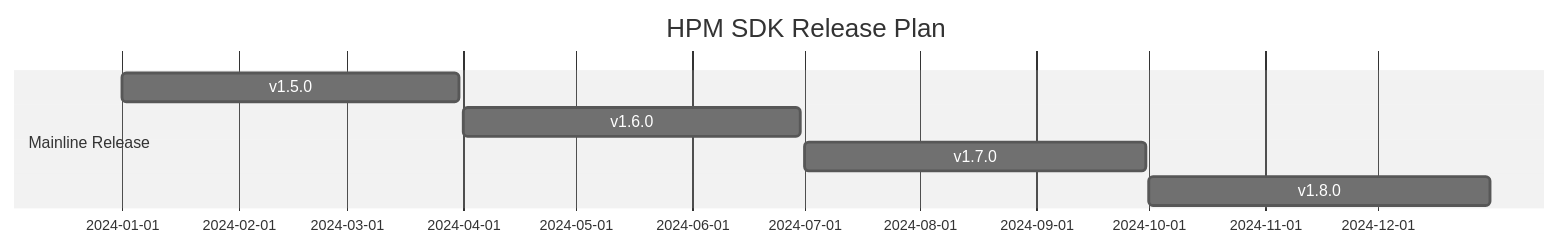
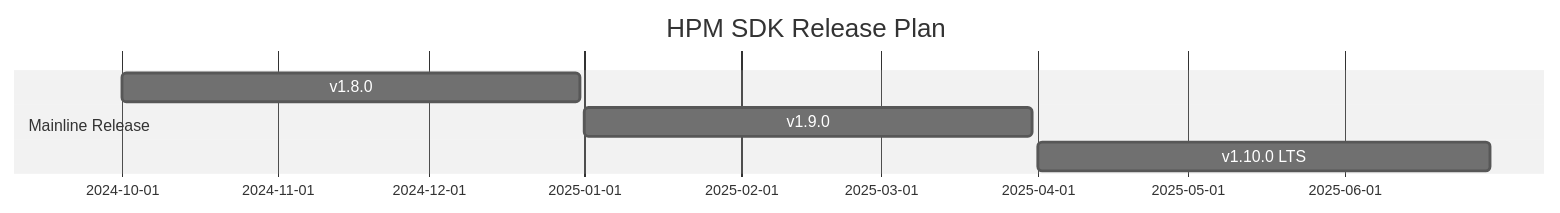
The diagram in common/libraries/hpm_sdk/README.md (hpmicro/rtt-bsp-hpm6750evk), drawn with Mermaid (neutral theme) before and after one commit. The commit also changed other lines of this file and 4332 other files, not shown here.

````diff
--- a/common/libraries/hpm_sdk/README.md
+++ b/common/libraries/hpm_sdk/README.md
@@ -1,10 +1,9 @@
 ``` mermaid
 gantt
     title HPM SDK Release Plan
     dateFormat  YYYY-MM-DD
     section Mainline Release
-    v1.5.0           :a1, 2024-01-01, 2024-03-31
-    v1.6.0           :a2, 2024-04-01, 2024-06-30
-    v1.7.0           :a3, 2024-07-01, 2024-09-30
-    v1.8.0           :a4, 2024-10-01, 2024-12-31
+    v1.8.0           :a1, 2024-10-01, 2024-12-31
+    v1.9.0           :a2, 2025-01-01, 2025-03-31
+    v1.10.0 LTS      :a3, 2025-04-01, 2025-06-30
 ```
````
